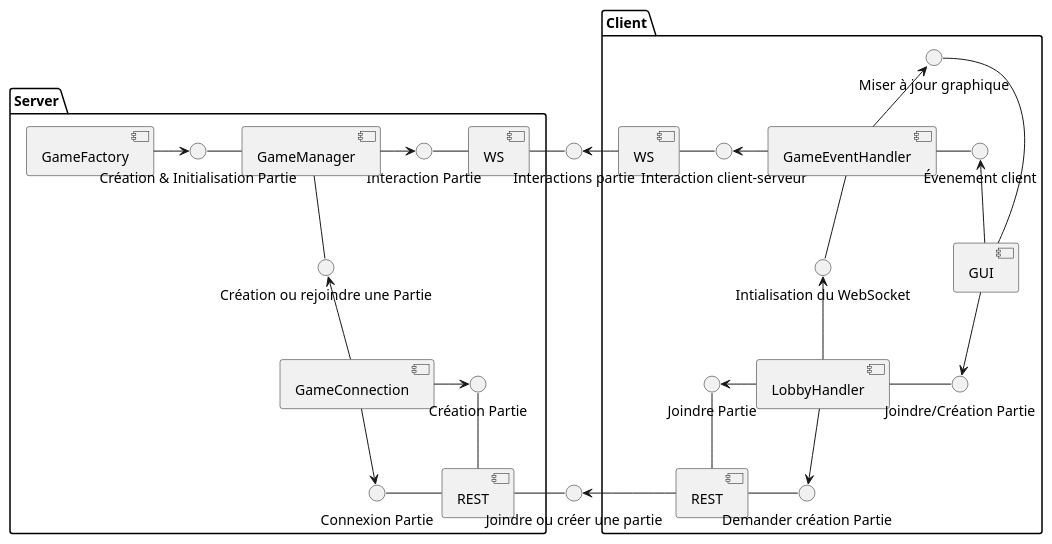
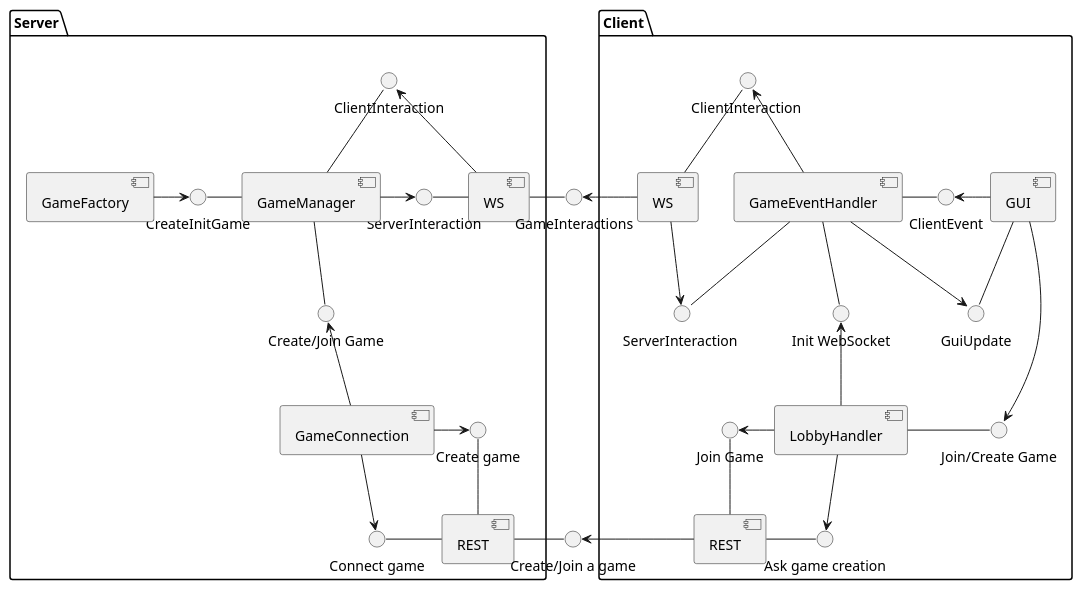
Before and after one commit to Lapin-Obez/colon_de_catane: the diagram in catan-doc/modules/composants/pages/composants.adoc, drawn with PlantUML.

Commit message:
Adding missing links in our composants diagram in composants.adoc

```diff
--- a/catan-doc/modules/composants/pages/composants.adoc
+++ b/catan-doc/modules/composants/pages/composants.adoc
@@ -12,58 +12,59 @@
 [plantuml]
 ....
 @startuml
+  
+package "Server" {
+  [WS] as WS_server
+  WS_server -l- "ServerInteraction"
+  "ServerInteraction" <-l- [GameManager]
+  WS_server -u-> "ClientInteraction"
+  "ClientInteraction" -- [GameManager]
 
-package "Server" {
-  [GameFactory]
+  [GameManager] -l- "CreateInitGame"
+  "CreateInitGame" <-l- [GameFactory]
 
-  [WS] as WS_server
-  WS_server -l- "Interaction Partie"
-  "Interaction Partie" <--l-- [GameManager]
-
-  [GameManager] -l- "Création & Initialisation Partie"
-  "Création & Initialisation Partie" <--l-- [GameFactory]
-
-  [GameManager] -- "Création ou rejoindre une Partie"
-  "Création ou rejoindre une Partie" <-- [GameConnection]
+  [GameManager] -- "Create/Join Game"
+  "Create/Join Game" <-- [GameConnection]
 
   [REST] as REST_server
-  REST_server -l- "Connexion Partie"
-  REST_server -l- "Création Partie"
-  [GameConnection] -d-> "Connexion Partie"
-  [GameConnection] -r-> "Création Partie"
+  REST_server -l- "Connect game"
+  REST_server -l- "Create game"
+  [GameConnection] -d-> "Connect game"
+  [GameConnection] -r-> "Create game"
 }
 
-WS_server ---r--- "Interactions partie"
-REST_server ---r--- "Joindre ou créer une partie"
+WS_server --r-- "GameInteractions"
+REST_server --r-- "Create/Join a game"
 
 package "Client" {
 
   [WS] as WS_client
   [REST] as REST_client
   [GUI] as GUI
   
-  WS_client -r- "Interaction client-serveur"
-  [GameEventHandler] -l-> "Interaction client-serveur"
-  [GameEventHandler] -d- "Intialisation du WebSocket"
+  WS_client -u- "ClientInteraction "
+  [GameEventHandler] -u-> "ClientInteraction "
+  WS_client --> "ServerInteraction "
+  [GameEventHandler] -- "ServerInteraction "
+  [GameEventHandler] -r- "ClientEvent" 
+  [GameEventHandler] -u-> "GuiUpdate"
+  [GameEventHandler] -d- "Init WebSocket"
 
-  [LobbyHandler] -l-> "Joindre Partie"
-  [LobbyHandler] -d-> "Demander création Partie"
-  [LobbyHandler] -r- "Joindre/Création Partie"
+  [LobbyHandler] -l-> "Join Game"
+  [LobbyHandler] -d-> "Ask game creation"
+  [LobbyHandler] -r- "Join/Create Game"
+  [LobbyHandler] -u-> "Init WebSocket"
 
-  REST_client -u- "Joindre Partie"
-  REST_client -r- "Demander création Partie"
+  REST_client -u- "Join Game"
+  REST_client -r- "Ask game creation"
 
-  GUI -l- "Miser à jour graphique"
-  GUI -u-> "Évenement client"
-  GUI -d-> "Joindre/Création Partie"
-  "Miser à jour graphique" <-- [GameEventHandler]
-    [LobbyHandler] -u-> "Intialisation du WebSocket"
-
-  "Évenement client" -l- [GameEventHandler]
+  GUI -l-> "ClientEvent"
+  GUI -d- "GuiUpdate"
+  GUI -d-> "Join/Create Game"
 }
 
-WS_client ---r---> "Interactions partie"
-REST_client ---r---> "Joindre ou créer une partie"
+WS_client --r--> "GameInteractions"
+REST_client --r--> "Create/Join a game"
 
 @enduml
 ....
```
